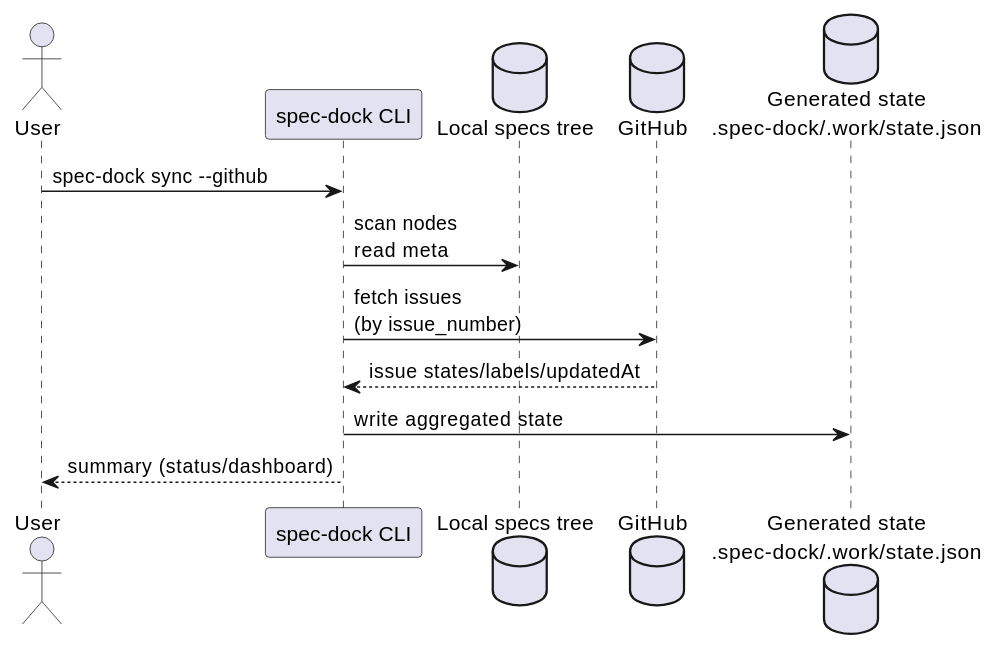
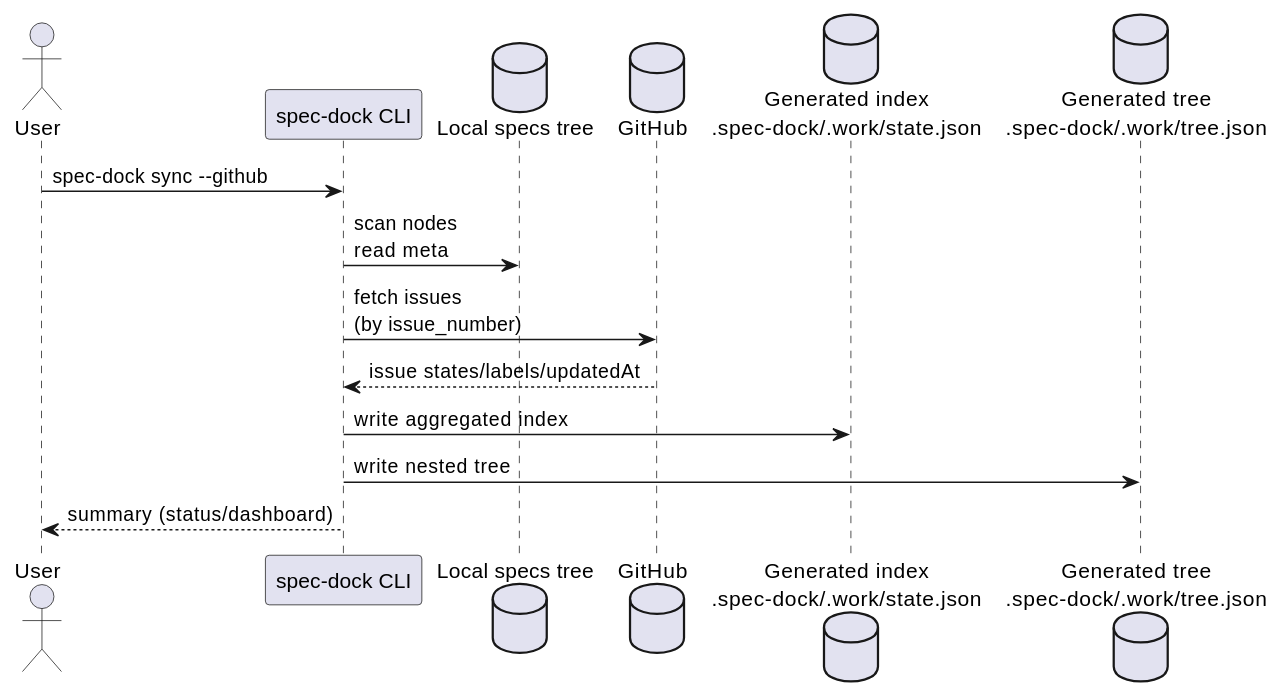
Before and after one commit to chemitaro/spec-dock: the diagram in docs/discussion-sheets/03_source_of_truth_and_sync.md, drawn with PlantUML. The commit also changed other lines of this file and 7 other files, not shown here.

Commit message:
feat(sync): tree.json を生成して人向けツリーを追加 - `.spec-dock/.work/tree.json` のスキーマと生成を script で実装し state.json を index 扱いに整理 - 同内容をドキュメント群に反映して tree.json の構造と生成意図を記載 - CLI テストを拡張し tree.json の存在と構造を確認

````diff
--- a/docs/discussion-sheets/03_source_of_truth_and_sync.md
+++ b/docs/discussion-sheets/03_source_of_truth_and_sync.md
@@ -117,16 +118,18 @@
 ```plantuml
 @startuml
 actor User
 participant "spec-dock CLI" as CLI
 database "Local specs tree" as TREE
 database "GitHub" as GH
-database "Generated state\n.spec-dock/.work/state.json" as STATE
+database "Generated index\n.spec-dock/.work/state.json" as STATE
+database "Generated tree\n.spec-dock/.work/tree.json" as TREE_JSON
 
 User -> CLI : spec-dock sync --github
 CLI -> TREE : scan nodes\nread meta
 CLI -> GH : fetch issues\n(by issue_number)
 GH --> CLI : issue states/labels/updatedAt
-CLI -> STATE : write aggregated state
+CLI -> STATE : write aggregated index
+CLI -> TREE_JSON : write nested tree
 CLI --> User : summary (status/dashboard)
 @enduml
 ```
````
